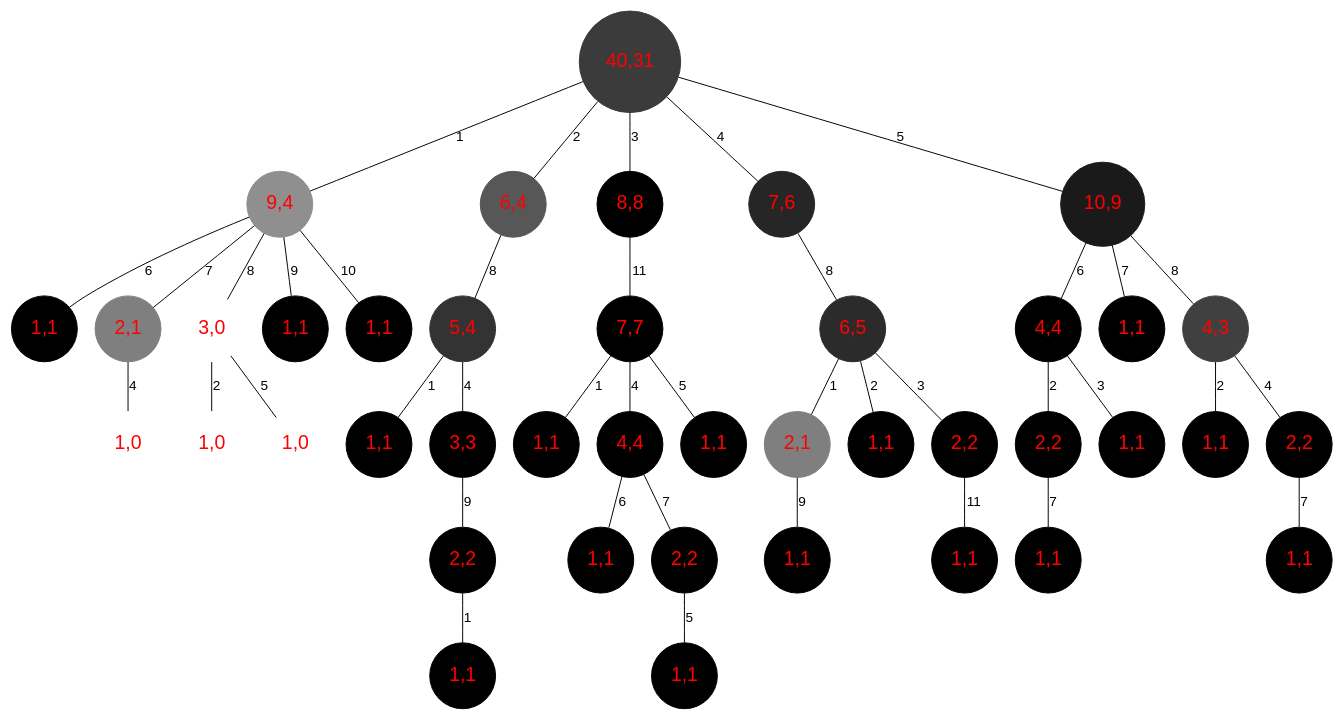
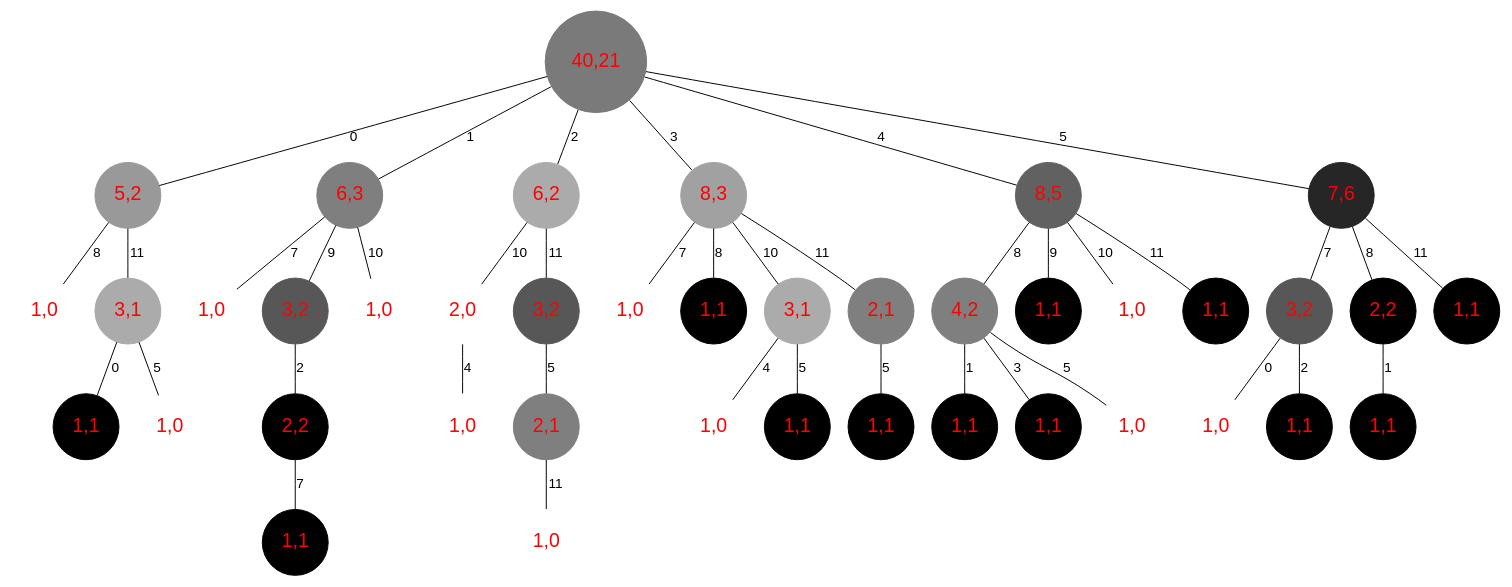
The diagram in code/arbre.dot (n-llx/An-AI-for-Awale), drawn with Graphviz before and after one commit. The commit also changed 86 other files, not shown here.

```diff
--- a/code/arbre.dot
+++ b/code/arbre.dot
@@ -1,85 +1,85 @@
 graph arbre {
  node [shape=circle,style=filled,fontname="Helvetica",fontsize=20];
 edge [fontname="Helvetica"]
-;0 [label="40,31",fontcolor=red, color=grey23];
-1 [label="9,4",fontcolor=red, color=grey56];
-2 [label="1,1",fontcolor=red, color=grey0];
-1 -- 2 [label="6"];
-3 [label="2,1",fontcolor=red, color=grey50];
-4 [label="1,0",fontcolor=red, color=grey100];
-3 -- 4 [label="4"];
-1 -- 3 [label="7"];
-5 [label="3,0",fontcolor=red, color=grey100];
-6 [label="1,0",fontcolor=red, color=grey100];
-5 -- 6 [label="2"];
+;0 [label="40,21",fontcolor=red, color=grey48];
+1 [label="5,2",fontcolor=red, color=grey60];
+2 [label="1,0",fontcolor=red, color=grey100];
+1 -- 2 [label="8"];
+3 [label="3,1",fontcolor=red, color=grey67];
+4 [label="1,1",fontcolor=red, color=grey0];
+3 -- 4 [label="0"];
+5 [label="1,0",fontcolor=red, color=grey100];
+3 -- 5 [label="5"];
+1 -- 3 [label="11"];
+0 -- 1 [label="0"];
+6 [label="6,3",fontcolor=red, color=grey50];
 7 [label="1,0",fontcolor=red, color=grey100];
-5 -- 7 [label="5"];
-1 -- 5 [label="8"];
-8 [label="1,1",fontcolor=red, color=grey0];
-1 -- 8 [label="9"];
-9 [label="1,1",fontcolor=red, color=grey0];
-1 -- 9 [label="10"];
-0 -- 1 [label="1"];
-10 [label="6,4",fontcolor=red, color=grey34];
-11 [label="5,4",fontcolor=red, color=grey20];
-12 [label="1,1",fontcolor=red, color=grey0];
-11 -- 12 [label="1"];
-13 [label="3,3",fontcolor=red, color=grey0];
-14 [label="2,2",fontcolor=red, color=grey0];
-15 [label="1,1",fontcolor=red, color=grey0];
-14 -- 15 [label="1"];
-13 -- 14 [label="9"];
-11 -- 13 [label="4"];
-10 -- 11 [label="8"];
-0 -- 10 [label="2"];
-16 [label="8,8",fontcolor=red, color=grey0];
-17 [label="7,7",fontcolor=red, color=grey0];
-18 [label="1,1",fontcolor=red, color=grey0];
-17 -- 18 [label="1"];
-19 [label="4,4",fontcolor=red, color=grey0];
+6 -- 7 [label="7"];
+8 [label="3,2",fontcolor=red, color=grey34];
+9 [label="2,2",fontcolor=red, color=grey0];
+10 [label="1,1",fontcolor=red, color=grey0];
+9 -- 10 [label="7"];
+8 -- 9 [label="2"];
+6 -- 8 [label="9"];
+11 [label="1,0",fontcolor=red, color=grey100];
+6 -- 11 [label="10"];
+0 -- 6 [label="1"];
+12 [label="6,2",fontcolor=red, color=grey67];
+13 [label="2,0",fontcolor=red, color=grey100];
+14 [label="1,0",fontcolor=red, color=grey100];
+13 -- 14 [label="4"];
+12 -- 13 [label="10"];
+15 [label="3,2",fontcolor=red, color=grey34];
+16 [label="2,1",fontcolor=red, color=grey50];
+17 [label="1,0",fontcolor=red, color=grey100];
+16 -- 17 [label="11"];
+15 -- 16 [label="5"];
+12 -- 15 [label="11"];
+0 -- 12 [label="2"];
+18 [label="8,3",fontcolor=red, color=grey63];
+19 [label="1,0",fontcolor=red, color=grey100];
+18 -- 19 [label="7"];
 20 [label="1,1",fontcolor=red, color=grey0];
-19 -- 20 [label="6"];
-21 [label="2,2",fontcolor=red, color=grey0];
-22 [label="1,1",fontcolor=red, color=grey0];
-21 -- 22 [label="5"];
-19 -- 21 [label="7"];
-17 -- 19 [label="4"];
+18 -- 20 [label="8"];
+21 [label="3,1",fontcolor=red, color=grey67];
+22 [label="1,0",fontcolor=red, color=grey100];
+21 -- 22 [label="4"];
 23 [label="1,1",fontcolor=red, color=grey0];
-17 -- 23 [label="5"];
-16 -- 17 [label="11"];
-0 -- 16 [label="3"];
-24 [label="7,6",fontcolor=red, color=grey15];
-25 [label="6,5",fontcolor=red, color=grey17];
-26 [label="2,1",fontcolor=red, color=grey50];
-27 [label="1,1",fontcolor=red, color=grey0];
-26 -- 27 [label="9"];
-25 -- 26 [label="1"];
+21 -- 23 [label="5"];
+18 -- 21 [label="10"];
+24 [label="2,1",fontcolor=red, color=grey50];
+25 [label="1,1",fontcolor=red, color=grey0];
+24 -- 25 [label="5"];
+18 -- 24 [label="11"];
+0 -- 18 [label="3"];
+26 [label="8,5",fontcolor=red, color=grey38];
+27 [label="4,2",fontcolor=red, color=grey50];
 28 [label="1,1",fontcolor=red, color=grey0];
-25 -- 28 [label="2"];
-29 [label="2,2",fontcolor=red, color=grey0];
-30 [label="1,1",fontcolor=red, color=grey0];
-29 -- 30 [label="11"];
-25 -- 29 [label="3"];
-24 -- 25 [label="8"];
-0 -- 24 [label="4"];
-31 [label="10,9",fontcolor=red, color=grey10];
-32 [label="4,4",fontcolor=red, color=grey0];
-33 [label="2,2",fontcolor=red, color=grey0];
-34 [label="1,1",fontcolor=red, color=grey0];
-33 -- 34 [label="7"];
-32 -- 33 [label="2"];
-35 [label="1,1",fontcolor=red, color=grey0];
-32 -- 35 [label="3"];
-31 -- 32 [label="6"];
-36 [label="1,1",fontcolor=red, color=grey0];
-31 -- 36 [label="7"];
-37 [label="4,3",fontcolor=red, color=grey25];
-38 [label="1,1",fontcolor=red, color=grey0];
-37 -- 38 [label="2"];
-39 [label="2,2",fontcolor=red, color=grey0];
+27 -- 28 [label="1"];
+29 [label="1,1",fontcolor=red, color=grey0];
+27 -- 29 [label="3"];
+30 [label="1,0",fontcolor=red, color=grey100];
+27 -- 30 [label="5"];
+26 -- 27 [label="8"];
+31 [label="1,1",fontcolor=red, color=grey0];
+26 -- 31 [label="9"];
+32 [label="1,0",fontcolor=red, color=grey100];
+26 -- 32 [label="10"];
+33 [label="1,1",fontcolor=red, color=grey0];
+26 -- 33 [label="11"];
+0 -- 26 [label="4"];
+34 [label="7,6",fontcolor=red, color=grey15];
+35 [label="3,2",fontcolor=red, color=grey34];
+36 [label="1,0",fontcolor=red, color=grey100];
+35 -- 36 [label="0"];
+37 [label="1,1",fontcolor=red, color=grey0];
+35 -- 37 [label="2"];
+34 -- 35 [label="7"];
+38 [label="2,2",fontcolor=red, color=grey0];
+39 [label="1,1",fontcolor=red, color=grey0];
+38 -- 39 [label="1"];
+34 -- 38 [label="8"];
 40 [label="1,1",fontcolor=red, color=grey0];
-39 -- 40 [label="7"];
-37 -- 39 [label="4"];
-31 -- 37 [label="8"];
-0 -- 31 [label="5"];
+34 -- 40 [label="11"];
+0 -- 34 [label="5"];
 }
```
